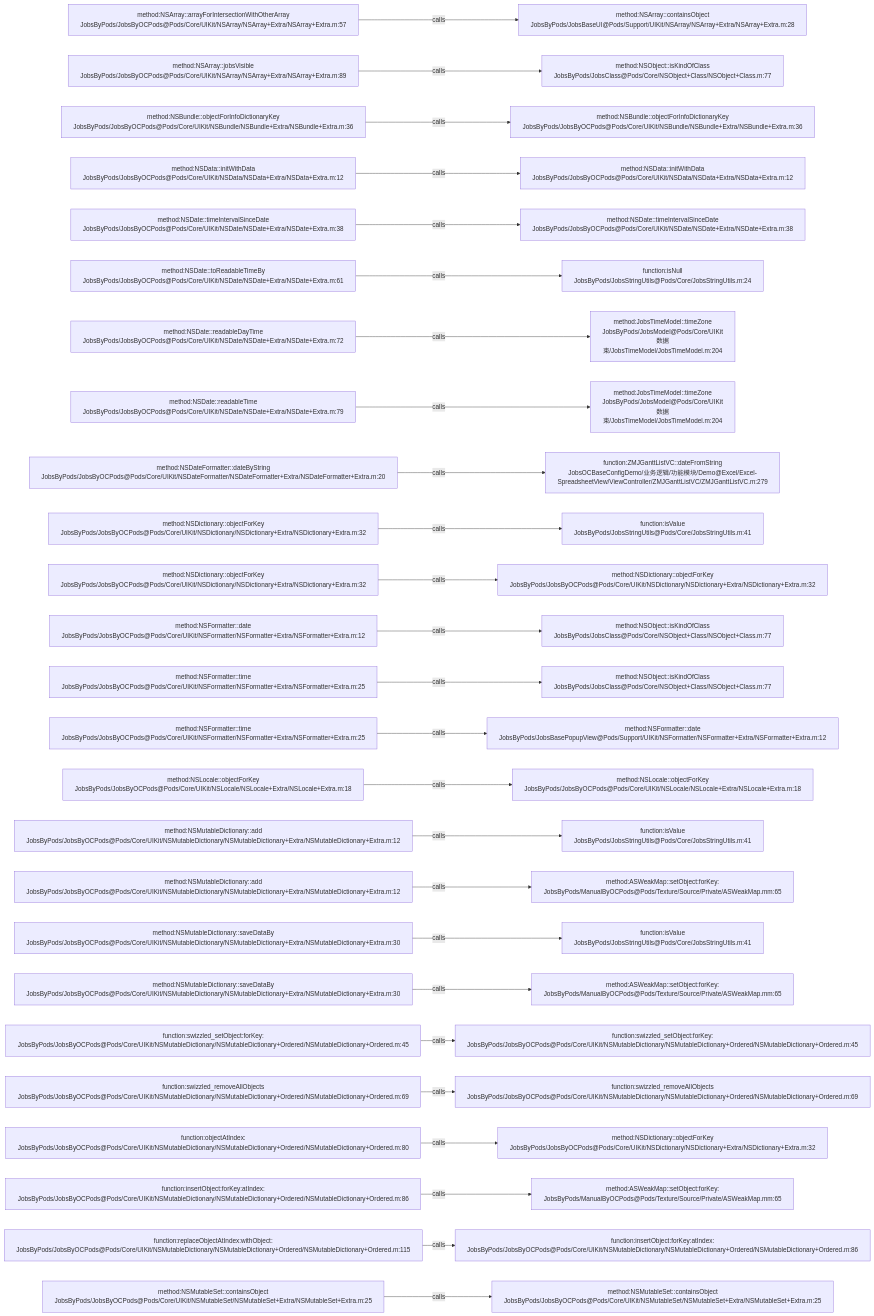
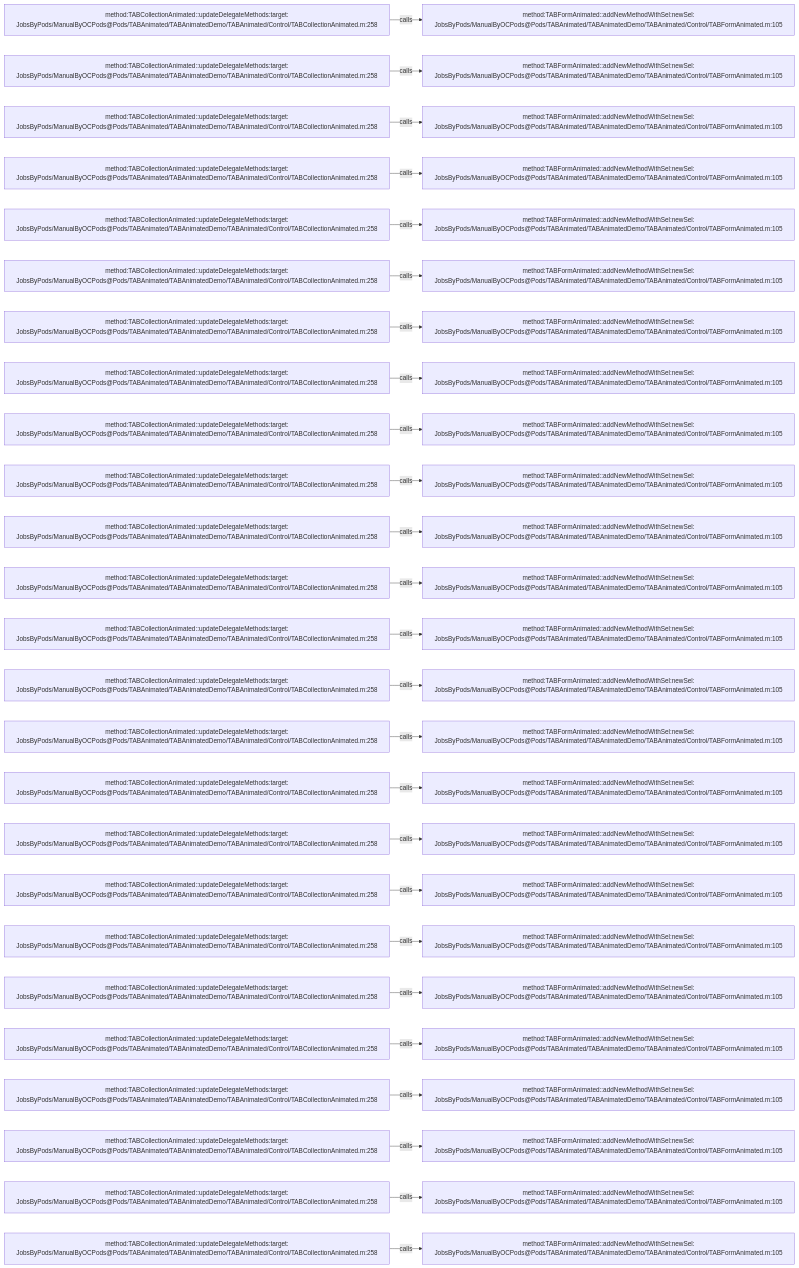
The diagram in .codegraph/codegraph.md/graphs/calls-030.md (JobsKits/JobsOCBaseConfigDemo), drawn with Mermaid before and after one commit. The commit also changed 2162 other files, not shown here.

````diff
--- a/.codegraph/codegraph.md/graphs/calls-030.md
+++ b/.codegraph/codegraph.md/graphs/calls-030.md
@@ -13,78 +13,78 @@
 ```mermaid
 flowchart LR
-  S1["method:NSArray::arrayForIntersectionWithOtherArray<br/>JobsByPods/JobsByOCPods@Pods/Core/UIKit/NSArray/NSArray+Extra/NSArray+Extra.m:57"]
-  T1["method:NSArray::containsObject<br/>JobsByPods/JobsBaseUI@Pods/Support/UIKit/NSArray/NSArray+Extra/NSArray+Extra.m:28"]
+  S1["method:TABCollectionAnimated::updateDelegateMethods:target:<br/>JobsByPods/ManualByOCPods@Pods/TABAnimated/TABAnimatedDemo/TABAnimated/Control/TABCollectionAnimated.m:258"]
+  T1["method:TABFormAnimated::addNewMethodWithSel:newSel:<br/>JobsByPods/ManualByOCPods@Pods/TABAnimated/TABAnimatedDemo/TABAnimated/Control/TABFormAnimated.m:105"]
   S1 -->|calls| T1
-  S2["method:NSArray::jobsVisible<br/>JobsByPods/JobsByOCPods@Pods/Core/UIKit/NSArray/NSArray+Extra/NSArray+Extra.m:89"]
-  T2["method:NSObject::isKindOfClass<br/>JobsByPods/JobsClass@Pods/Core/NSObject+Class/NSObject+Class.m:77"]
+  S2["method:TABCollectionAnimated::updateDelegateMethods:target:<br/>JobsByPods/ManualByOCPods@Pods/TABAnimated/TABAnimatedDemo/TABAnimated/Control/TABCollectionAnimated.m:258"]
+  T2["method:TABFormAnimated::addNewMethodWithSel:newSel:<br/>JobsByPods/ManualByOCPods@Pods/TABAnimated/TABAnimatedDemo/TABAnimated/Control/TABFormAnimated.m:105"]
   S2 -->|calls| T2
-  S3["method:NSBundle::objectForInfoDictionaryKey<br/>JobsByPods/JobsByOCPods@Pods/Core/UIKit/NSBundle/NSBundle+Extra/NSBundle+Extra.m:36"]
-  T3["method:NSBundle::objectForInfoDictionaryKey<br/>JobsByPods/JobsByOCPods@Pods/Core/UIKit/NSBundle/NSBundle+Extra/NSBundle+Extra.m:36"]
+  S3["method:TABCollectionAnimated::updateDelegateMethods:target:<br/>JobsByPods/ManualByOCPods@Pods/TABAnimated/TABAnimatedDemo/TABAnimated/Control/TABCollectionAnimated.m:258"]
+  T3["method:TABFormAnimated::addNewMethodWithSel:newSel:<br/>JobsByPods/ManualByOCPods@Pods/TABAnimated/TABAnimatedDemo/TABAnimated/Control/TABFormAnimated.m:105"]
   S3 -->|calls| T3
-  S4["method:NSData::initWithData<br/>JobsByPods/JobsByOCPods@Pods/Core/UIKit/NSData/NSData+Extra/NSData+Extra.m:12"]
-  T4["method:NSData::initWithData<br/>JobsByPods/JobsByOCPods@Pods/Core/UIKit/NSData/NSData+Extra/NSData+Extra.m:12"]
+  S4["method:TABCollectionAnimated::updateDelegateMethods:target:<br/>JobsByPods/ManualByOCPods@Pods/TABAnimated/TABAnimatedDemo/TABAnimated/Control/TABCollectionAnimated.m:258"]
+  T4["method:TABFormAnimated::addNewMethodWithSel:newSel:<br/>JobsByPods/ManualByOCPods@Pods/TABAnimated/TABAnimatedDemo/TABAnimated/Control/TABFormAnimated.m:105"]
   S4 -->|calls| T4
-  S5["method:NSDate::timeIntervalSinceDate<br/>JobsByPods/JobsByOCPods@Pods/Core/UIKit/NSDate/NSDate+Extra/NSDate+Extra.m:38"]
-  T5["method:NSDate::timeIntervalSinceDate<br/>JobsByPods/JobsByOCPods@Pods/Core/UIKit/NSDate/NSDate+Extra/NSDate+Extra.m:38"]
+  S5["method:TABCollectionAnimated::updateDelegateMethods:target:<br/>JobsByPods/ManualByOCPods@Pods/TABAnimated/TABAnimatedDemo/TABAnimated/Control/TABCollectionAnimated.m:258"]
+  T5["method:TABFormAnimated::addNewMethodWithSel:newSel:<br/>JobsByPods/ManualByOCPods@Pods/TABAnimated/TABAnimatedDemo/TABAnimated/Control/TABFormAnimated.m:105"]
   S5 -->|calls| T5
-  S6["method:NSDate::toReadableTimeBy<br/>JobsByPods/JobsByOCPods@Pods/Core/UIKit/NSDate/NSDate+Extra/NSDate+Extra.m:61"]
-  T6["function:isNull<br/>JobsByPods/JobsStringUtils@Pods/Core/JobsStringUtils.m:24"]
+  S6["method:TABCollectionAnimated::updateDelegateMethods:target:<br/>JobsByPods/ManualByOCPods@Pods/TABAnimated/TABAnimatedDemo/TABAnimated/Control/TABCollectionAnimated.m:258"]
+  T6["method:TABFormAnimated::addNewMethodWithSel:newSel:<br/>JobsByPods/ManualByOCPods@Pods/TABAnimated/TABAnimatedDemo/TABAnimated/Control/TABFormAnimated.m:105"]
   S6 -->|calls| T6
-  S7["method:NSDate::readableDayTime<br/>JobsByPods/JobsByOCPods@Pods/Core/UIKit/NSDate/NSDate+Extra/NSDate+Extra.m:72"]
-  T7["method:JobsTimeModel::timeZone<br/>JobsByPods/JobsModel@Pods/Core/UIKit数据束/JobsTimeModel/JobsTimeModel.m:204"]
+  S7["method:TABCollectionAnimated::updateDelegateMethods:target:<br/>JobsByPods/ManualByOCPods@Pods/TABAnimated/TABAnimatedDemo/TABAnimated/Control/TABCollectionAnimated.m:258"]
+  T7["method:TABFormAnimated::addNewMethodWithSel:newSel:<br/>JobsByPods/ManualByOCPods@Pods/TABAnimated/TABAnimatedDemo/TABAnimated/Control/TABFormAnimated.m:105"]
   S7 -->|calls| T7
-  S8["method:NSDate::readableTime<br/>JobsByPods/JobsByOCPods@Pods/Core/UIKit/NSDate/NSDate+Extra/NSDate+Extra.m:79"]
-  T8["method:JobsTimeModel::timeZone<br/>JobsByPods/JobsModel@Pods/Core/UIKit数据束/JobsTimeModel/JobsTimeModel.m:204"]
+  S8["method:TABCollectionAnimated::updateDelegateMethods:target:<br/>JobsByPods/ManualByOCPods@Pods/TABAnimated/TABAnimatedDemo/TABAnimated/Control/TABCollectionAnimated.m:258"]
+  T8["method:TABFormAnimated::addNewMethodWithSel:newSel:<br/>JobsByPods/ManualByOCPods@Pods/TABAnimated/TABAnimatedDemo/TABAnimated/Control/TABFormAnimated.m:105"]
   S8 -->|calls| T8
-  S9["method:NSDateFormatter::dateByString<br/>JobsByPods/JobsByOCPods@Pods/Core/UIKit/NSDateFormatter/NSDateFormatter+Extra/NSDateFormatter+Extra.m:20"]
-  T9["function:ZMJGanttListVC::dateFromString<br/>JobsOCBaseConfigDemo/业务逻辑/功能模块/Demo@Excel/Excel-SpreadsheetView/ViewController/ZMJGanttListVC/ZMJGanttListVC.m:279"]
+  S9["method:TABCollectionAnimated::updateDelegateMethods:target:<br/>JobsByPods/ManualByOCPods@Pods/TABAnimated/TABAnimatedDemo/TABAnimated/Control/TABCollectionAnimated.m:258"]
+  T9["method:TABFormAnimated::addNewMethodWithSel:newSel:<br/>JobsByPods/ManualByOCPods@Pods/TABAnimated/TABAnimatedDemo/TABAnimated/Control/TABFormAnimated.m:105"]
   S9 -->|calls| T9
-  S10["method:NSDictionary::objectForKey<br/>JobsByPods/JobsByOCPods@Pods/Core/UIKit/NSDictionary/NSDictionary+Extra/NSDictionary+Extra.m:32"]
-  T10["function:isValue<br/>JobsByPods/JobsStringUtils@Pods/Core/JobsStringUtils.m:41"]
+  S10["method:TABCollectionAnimated::updateDelegateMethods:target:<br/>JobsByPods/ManualByOCPods@Pods/TABAnimated/TABAnimatedDemo/TABAnimated/Control/TABCollectionAnimated.m:258"]
+  T10["method:TABFormAnimated::addNewMethodWithSel:newSel:<br/>JobsByPods/ManualByOCPods@Pods/TABAnimated/TABAnimatedDemo/TABAnimated/Control/TABFormAnimated.m:105"]
   S10 -->|calls| T10
-  S11["method:NSDictionary::objectForKey<br/>JobsByPods/JobsByOCPods@Pods/Core/UIKit/NSDictionary/NSDictionary+Extra/NSDictionary+Extra.m:32"]
-  T11["method:NSDictionary::objectForKey<br/>JobsByPods/JobsByOCPods@Pods/Core/UIKit/NSDictionary/NSDictionary+Extra/NSDictionary+Extra.m:32"]
+  S11["method:TABCollectionAnimated::updateDelegateMethods:target:<br/>JobsByPods/ManualByOCPods@Pods/TABAnimated/TABAnimatedDemo/TABAnimated/Control/TABCollectionAnimated.m:258"]
+  T11["method:TABFormAnimated::addNewMethodWithSel:newSel:<br/>JobsByPods/ManualByOCPods@Pods/TABAnimated/TABAnimatedDemo/TABAnimated/Control/TABFormAnimated.m:105"]
   S11 -->|calls| T11
-  S12["method:NSFormatter::date<br/>JobsByPods/JobsByOCPods@Pods/Core/UIKit/NSFormatter/NSFormatter+Extra/NSFormatter+Extra.m:12"]
-  T12["method:NSObject::isKindOfClass<br/>JobsByPods/JobsClass@Pods/Core/NSObject+Class/NSObject+Class.m:77"]
+  S12["method:TABCollectionAnimated::updateDelegateMethods:target:<br/>JobsByPods/ManualByOCPods@Pods/TABAnimated/TABAnimatedDemo/TABAnimated/Control/TABCollectionAnimated.m:258"]
+  T12["method:TABFormAnimated::addNewMethodWithSel:newSel:<br/>JobsByPods/ManualByOCPods@Pods/TABAnimated/TABAnimatedDemo/TABAnimated/Control/TABFormAnimated.m:105"]
   S12 -->|calls| T12
-  S13["method:NSFormatter::time<br/>JobsByPods/JobsByOCPods@Pods/Core/UIKit/NSFormatter/NSFormatter+Extra/NSFormatter+Extra.m:25"]
-  T13["method:NSObject::isKindOfClass<br/>JobsByPods/JobsClass@Pods/Core/NSObject+Class/NSObject+Class.m:77"]
+  S13["method:TABCollectionAnimated::updateDelegateMethods:target:<br/>JobsByPods/ManualByOCPods@Pods/TABAnimated/TABAnimatedDemo/TABAnimated/Control/TABCollectionAnimated.m:258"]
+  T13["method:TABFormAnimated::addNewMethodWithSel:newSel:<br/>JobsByPods/ManualByOCPods@Pods/TABAnimated/TABAnimatedDemo/TABAnimated/Control/TABFormAnimated.m:105"]
   S13 -->|calls| T13
-  S14["method:NSFormatter::time<br/>JobsByPods/JobsByOCPods@Pods/Core/UIKit/NSFormatter/NSFormatter+Extra/NSFormatter+Extra.m:25"]
-  T14["method:NSFormatter::date<br/>JobsByPods/JobsBasePopupView@Pods/Support/UIKit/NSFormatter/NSFormatter+Extra/NSFormatter+Extra.m:12"]
+  S14["method:TABCollectionAnimated::updateDelegateMethods:target:<br/>JobsByPods/ManualByOCPods@Pods/TABAnimated/TABAnimatedDemo/TABAnimated/Control/TABCollectionAnimated.m:258"]
+  T14["method:TABFormAnimated::addNewMethodWithSel:newSel:<br/>JobsByPods/ManualByOCPods@Pods/TABAnimated/TABAnimatedDemo/TABAnimated/Control/TABFormAnimated.m:105"]
   S14 -->|calls| T14
-  S15["method:NSLocale::objectForKey<br/>JobsByPods/JobsByOCPods@Pods/Core/UIKit/NSLocale/NSLocale+Extra/NSLocale+Extra.m:18"]
-  T15["method:NSLocale::objectForKey<br/>JobsByPods/JobsByOCPods@Pods/Core/UIKit/NSLocale/NSLocale+Extra/NSLocale+Extra.m:18"]
+  S15["method:TABCollectionAnimated::updateDelegateMethods:target:<br/>JobsByPods/ManualByOCPods@Pods/TABAnimated/TABAnimatedDemo/TABAnimated/Control/TABCollectionAnimated.m:258"]
+  T15["method:TABFormAnimated::addNewMethodWithSel:newSel:<br/>JobsByPods/ManualByOCPods@Pods/TABAnimated/TABAnimatedDemo/TABAnimated/Control/TABFormAnimated.m:105"]
   S15 -->|calls| T15
-  S16["method:NSMutableDictionary::add<br/>JobsByPods/JobsByOCPods@Pods/Core/UIKit/NSMutableDictionary/NSMutableDictionary+Extra/NSMutableDictionary+Extra.m:12"]
-  T16["function:isValue<br/>JobsByPods/JobsStringUtils@Pods/Core/JobsStringUtils.m:41"]
+  S16["method:TABCollectionAnimated::updateDelegateMethods:target:<br/>JobsByPods/ManualByOCPods@Pods/TABAnimated/TABAnimatedDemo/TABAnimated/Control/TABCollectionAnimated.m:258"]
+  T16["method:TABFormAnimated::addNewMethodWithSel:newSel:<br/>JobsByPods/ManualByOCPods@Pods/TABAnimated/TABAnimatedDemo/TABAnimated/Control/TABFormAnimated.m:105"]
   S16 -->|calls| T16
-  S17["method:NSMutableDictionary::add<br/>JobsByPods/JobsByOCPods@Pods/Core/UIKit/NSMutableDictionary/NSMutableDictionary+Extra/NSMutableDictionary+Extra.m:12"]
-  T17["method:ASWeakMap::setObject:forKey:<br/>JobsByPods/ManualByOCPods@Pods/Texture/Source/Private/ASWeakMap.mm:65"]
+  S17["method:TABCollectionAnimated::updateDelegateMethods:target:<br/>JobsByPods/ManualByOCPods@Pods/TABAnimated/TABAnimatedDemo/TABAnimated/Control/TABCollectionAnimated.m:258"]
+  T17["method:TABFormAnimated::addNewMethodWithSel:newSel:<br/>JobsByPods/ManualByOCPods@Pods/TABAnimated/TABAnimatedDemo/TABAnimated/Control/TABFormAnimated.m:105"]
   S17 -->|calls| T17
-  S18["method:NSMutableDictionary::saveDataBy<br/>JobsByPods/JobsByOCPods@Pods/Core/UIKit/NSMutableDictionary/NSMutableDictionary+Extra/NSMutableDictionary+Extra.m:30"]
-  T18["function:isValue<br/>JobsByPods/JobsStringUtils@Pods/Core/JobsStringUtils.m:41"]
+  S18["method:TABCollectionAnimated::updateDelegateMethods:target:<br/>JobsByPods/ManualByOCPods@Pods/TABAnimated/TABAnimatedDemo/TABAnimated/Control/TABCollectionAnimated.m:258"]
+  T18["method:TABFormAnimated::addNewMethodWithSel:newSel:<br/>JobsByPods/ManualByOCPods@Pods/TABAnimated/TABAnimatedDemo/TABAnimated/Control/TABFormAnimated.m:105"]
   S18 -->|calls| T18
-  S19["method:NSMutableDictionary::saveDataBy<br/>JobsByPods/JobsByOCPods@Pods/Core/UIKit/NSMutableDictionary/NSMutableDictionary+Extra/NSMutableDictionary+Extra.m:30"]
-  T19["method:ASWeakMap::setObject:forKey:<br/>JobsByPods/ManualByOCPods@Pods/Texture/Source/Private/ASWeakMap.mm:65"]
+  S19["method:TABCollectionAnimated::updateDelegateMethods:target:<br/>JobsByPods/ManualByOCPods@Pods/TABAnimated/TABAnimatedDemo/TABAnimated/Control/TABCollectionAnimated.m:258"]
+  T19["method:TABFormAnimated::addNewMethodWithSel:newSel:<br/>JobsByPods/ManualByOCPods@Pods/TABAnimated/TABAnimatedDemo/TABAnimated/Control/TABFormAnimated.m:105"]
   S19 -->|calls| T19
-  S20["function:swizzled_setObject:forKey:<br/>JobsByPods/JobsByOCPods@Pods/Core/UIKit/NSMutableDictionary/NSMutableDictionary+Ordered/NSMutableDictionary+Ordered.m:45"]
-  T20["function:swizzled_setObject:forKey:<br/>JobsByPods/JobsByOCPods@Pods/Core/UIKit/NSMutableDictionary/NSMutableDictionary+Ordered/NSMutableDictionary+Ordered.m:45"]
+  S20["method:TABCollectionAnimated::updateDelegateMethods:target:<br/>JobsByPods/ManualByOCPods@Pods/TABAnimated/TABAnimatedDemo/TABAnimated/Control/TABCollectionAnimated.m:258"]
+  T20["method:TABFormAnimated::addNewMethodWithSel:newSel:<br/>JobsByPods/ManualByOCPods@Pods/TABAnimated/TABAnimatedDemo/TABAnimated/Control/TABFormAnimated.m:105"]
   S20 -->|calls| T20
-  S21["function:swizzled_removeAllObjects<br/>JobsByPods/JobsByOCPods@Pods/Core/UIKit/NSMutableDictionary/NSMutableDictionary+Ordered/NSMutableDictionary+Ordered.m:69"]
-  T21["function:swizzled_removeAllObjects<br/>JobsByPods/JobsByOCPods@Pods/Core/UIKit/NSMutableDictionary/NSMutableDictionary+Ordered/NSMutableDictionary+Ordered.m:69"]
+  S21["method:TABCollectionAnimated::updateDelegateMethods:target:<br/>JobsByPods/ManualByOCPods@Pods/TABAnimated/TABAnimatedDemo/TABAnimated/Control/TABCollectionAnimated.m:258"]
+  T21["method:TABFormAnimated::addNewMethodWithSel:newSel:<br/>JobsByPods/ManualByOCPods@Pods/TABAnimated/TABAnimatedDemo/TABAnimated/Control/TABFormAnimated.m:105"]
   S21 -->|calls| T21
-  S22["function:objectAtIndex:<br/>JobsByPods/JobsByOCPods@Pods/Core/UIKit/NSMutableDictionary/NSMutableDictionary+Ordered/NSMutableDictionary+Ordered.m:80"]
-  T22["method:NSDictionary::objectForKey<br/>JobsByPods/JobsByOCPods@Pods/Core/UIKit/NSDictionary/NSDictionary+Extra/NSDictionary+Extra.m:32"]
+  S22["method:TABCollectionAnimated::updateDelegateMethods:target:<br/>JobsByPods/ManualByOCPods@Pods/TABAnimated/TABAnimatedDemo/TABAnimated/Control/TABCollectionAnimated.m:258"]
+  T22["method:TABFormAnimated::addNewMethodWithSel:newSel:<br/>JobsByPods/ManualByOCPods@Pods/TABAnimated/TABAnimatedDemo/TABAnimated/Control/TABFormAnimated.m:105"]
   S22 -->|calls| T22
-  S23["function:insertObject:forKey:atIndex:<br/>JobsByPods/JobsByOCPods@Pods/Core/UIKit/NSMutableDictionary/NSMutableDictionary+Ordered/NSMutableDictionary+Ordered.m:86"]
-  T23["method:ASWeakMap::setObject:forKey:<br/>JobsByPods/ManualByOCPods@Pods/Texture/Source/Private/ASWeakMap.mm:65"]
+  S23["method:TABCollectionAnimated::updateDelegateMethods:target:<br/>JobsByPods/ManualByOCPods@Pods/TABAnimated/TABAnimatedDemo/TABAnimated/Control/TABCollectionAnimated.m:258"]
+  T23["method:TABFormAnimated::addNewMethodWithSel:newSel:<br/>JobsByPods/ManualByOCPods@Pods/TABAnimated/TABAnimatedDemo/TABAnimated/Control/TABFormAnimated.m:105"]
   S23 -->|calls| T23
-  S24["function:replaceObjectAtIndex:withObject:<br/>JobsByPods/JobsByOCPods@Pods/Core/UIKit/NSMutableDictionary/NSMutableDictionary+Ordered/NSMutableDictionary+Ordered.m:115"]
-  T24["function:insertObject:forKey:atIndex:<br/>JobsByPods/JobsByOCPods@Pods/Core/UIKit/NSMutableDictionary/NSMutableDictionary+Ordered/NSMutableDictionary+Ordered.m:86"]
+  S24["method:TABCollectionAnimated::updateDelegateMethods:target:<br/>JobsByPods/ManualByOCPods@Pods/TABAnimated/TABAnimatedDemo/TABAnimated/Control/TABCollectionAnimated.m:258"]
+  T24["method:TABFormAnimated::addNewMethodWithSel:newSel:<br/>JobsByPods/ManualByOCPods@Pods/TABAnimated/TABAnimatedDemo/TABAnimated/Control/TABFormAnimated.m:105"]
   S24 -->|calls| T24
-  S25["method:NSMutableSet::containsObject<br/>JobsByPods/JobsByOCPods@Pods/Core/UIKit/NSMutableSet/NSMutableSet+Extra/NSMutableSet+Extra.m:25"]
-  T25["method:NSMutableSet::containsObject<br/>JobsByPods/JobsByOCPods@Pods/Core/UIKit/NSMutableSet/NSMutableSet+Extra/NSMutableSet+Extra.m:25"]
+  S25["method:TABCollectionAnimated::updateDelegateMethods:target:<br/>JobsByPods/ManualByOCPods@Pods/TABAnimated/TABAnimatedDemo/TABAnimated/Control/TABCollectionAnimated.m:258"]
+  T25["method:TABFormAnimated::addNewMethodWithSel:newSel:<br/>JobsByPods/ManualByOCPods@Pods/TABAnimated/TABAnimatedDemo/TABAnimated/Control/TABFormAnimated.m:105"]
   S25 -->|calls| T25
 ```
````
